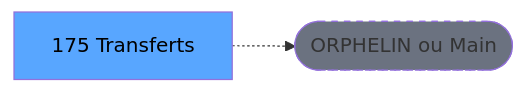
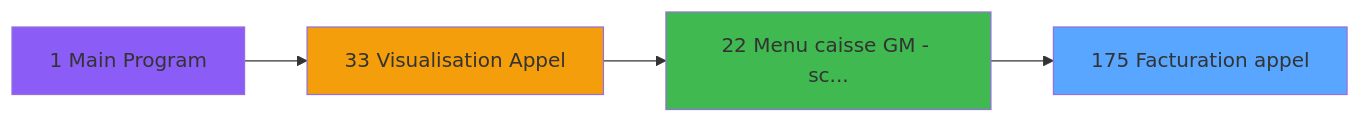
Before and after one commit to thonyAGP/magic-migration: the second of 3 diagrams in .openspec/specs/ADH-IDE-175.md, drawn with Mermaid. The commit also changed other lines of this file and 311 other files, not shown here.

````diff
--- a/.openspec/specs/ADH-IDE-175.md
+++ b/.openspec/specs/ADH-IDE-175.md
@@ -123,8 +366,14 @@
 ```mermaid
 graph LR
-    T[175 Transferts]
-    ORPHAN([ORPHELIN ou Main])
-    T -.-> ORPHAN
-    style T fill:#58a6ff,color:#000
-    style ORPHAN fill:#6b7280,stroke-dasharray: 5 5
+    T175[175 Facturation appel]
+    style T175 fill:#58a6ff
+    CC1[1 Main Program]
+    style CC1 fill:#8b5cf6
+    CC33[33 Visualisation Appel]
+    style CC33 fill:#f59e0b
+    CC22[22 Menu caisse GM - sc...]
+    style CC22 fill:#3fb950
+    CC33 --> CC22
+    CC1 --> CC33
+    CC22 --> T175
 ```
````
